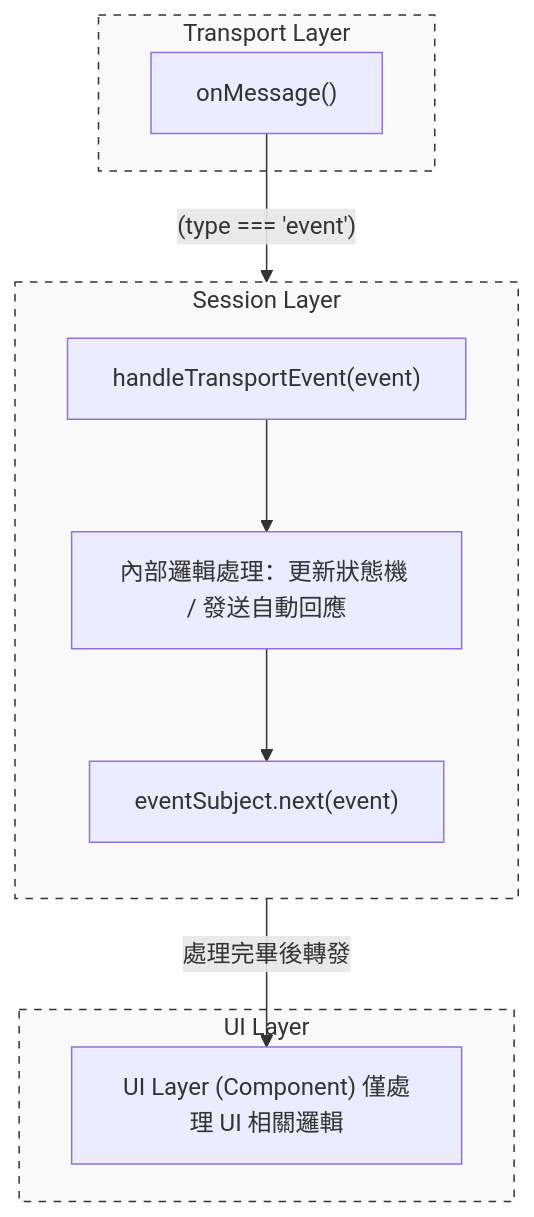
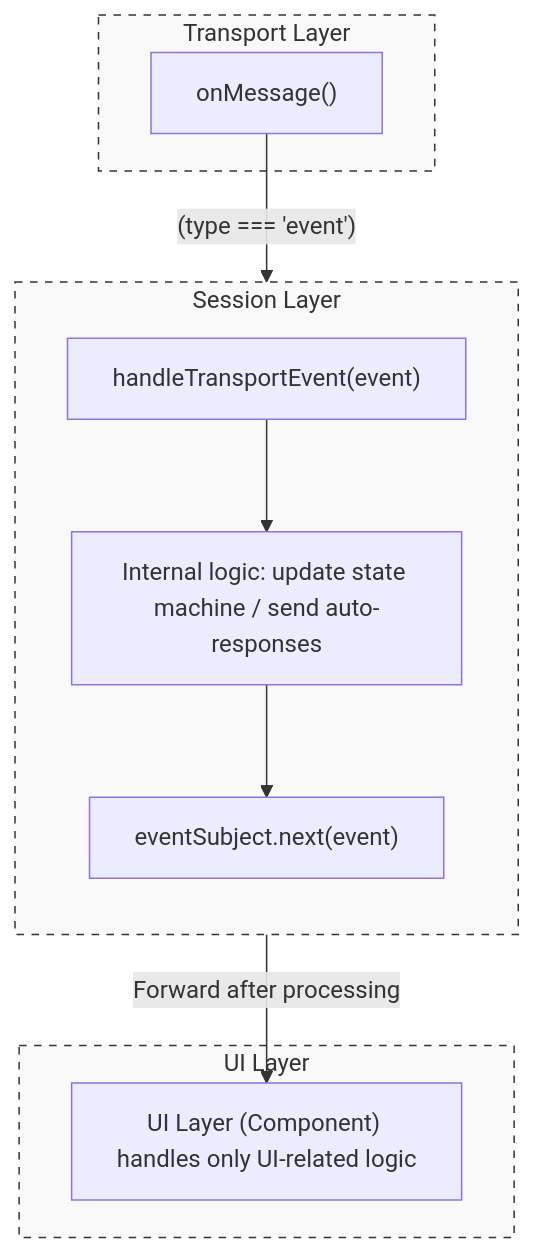
One commit to tangpo387-arch/taro-debugger changed the third of 9 diagrams in docs/architecture.md. Above: the diagram before and after it, drawn with Mermaid. The commit also changed other lines of this file and 9 other files, not shown here.

````diff
--- a/docs/architecture.md
+++ b/docs/architecture.md
@@ -130,27 +142,27 @@
 ```mermaid
 graph TD
     subgraph T_Layer ["Transport Layer"]
         T["onMessage()"]
     end
-    
+
     subgraph S_Layer ["Session Layer"]
         direction TB
         S1["handleTransportEvent(event)"]
-        S2["內部邏輯處理：更新狀態機 / 發送自動回應"]
+        S2["Internal logic: update state machine / send auto-responses"]
         S3["eventSubject.next(event)"]
-        
+
         S1 --> S2
         S2 --> S3
     end
-    
+
     subgraph U_Layer ["UI Layer"]
-        UI["UI Layer (Component) 僅處理 UI 相關邏輯"]
+        UI["UI Layer (Component) handles only UI-related logic"]
     end
 
     T -- "(type === 'event')" --> S1
-    S3 -- "處理完畢後轉發" --> UI
+    S3 -- "Forward after processing" --> UI
 
     style T_Layer fill:#f9f9f9,stroke:#333,stroke-dasharray: 5 5
     style S_Layer fill:#f9f9f9,stroke:#333,stroke-dasharray: 5 5
     style U_Layer fill:#f9f9f9,stroke:#333,stroke-dasharray: 5 5
 ```
````
